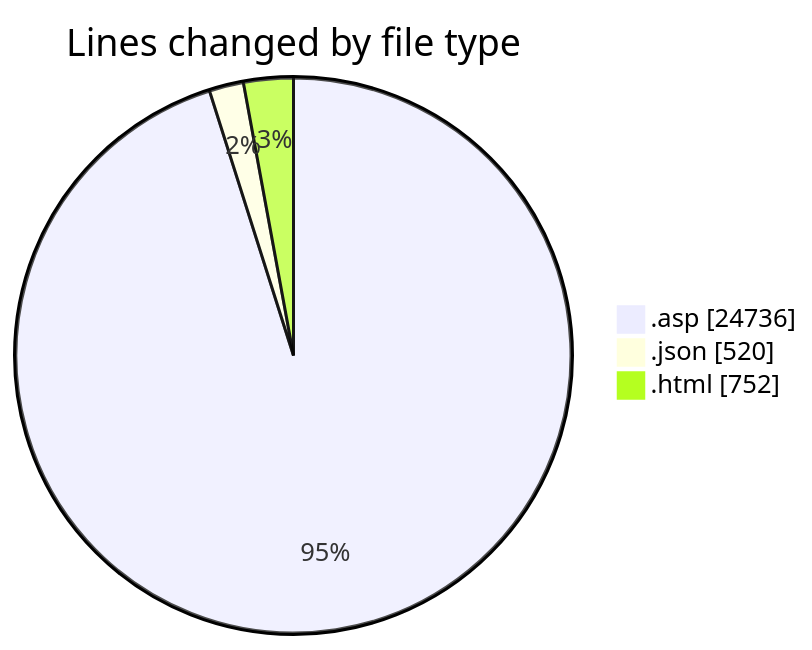
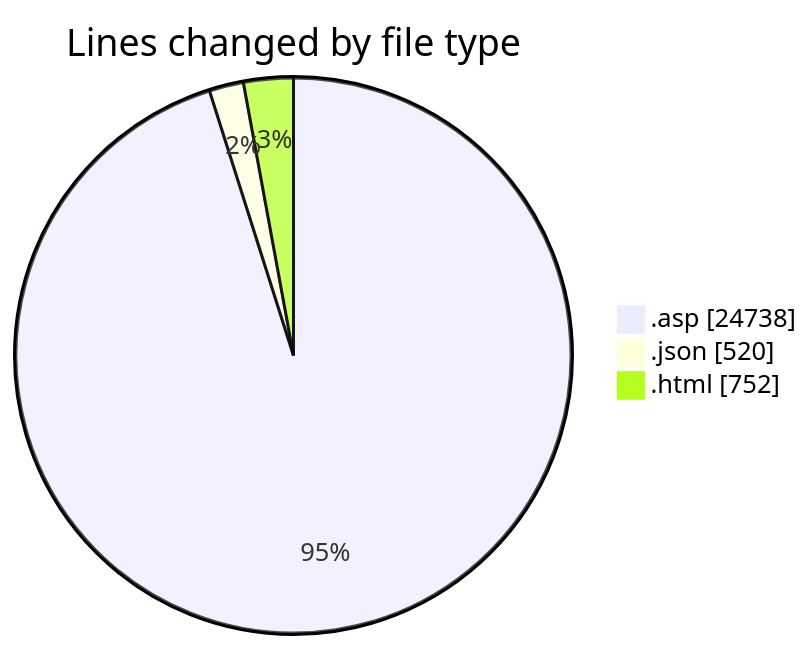
The first of 2 diagrams in 2025-11-01/cdp_aleoudev_fr__workspace_/README.md (julien-gomy/code-tracking), drawn with Mermaid before and after one commit. The commit also changed other lines of this file and 1 other file, not shown here.

````diff
--- a/2025-11-01/cdp_aleoudev_fr__workspace_/README.md
+++ b/2025-11-01/cdp_aleoudev_fr__workspace_/README.md
@@ -33,7 +33,7 @@
 ```mermaid
 pie showData
 title Lines changed by file type
-".asp" : 24736
+".asp" : 24738
 ".json" : 520
 ".html" : 752
 ```
````
